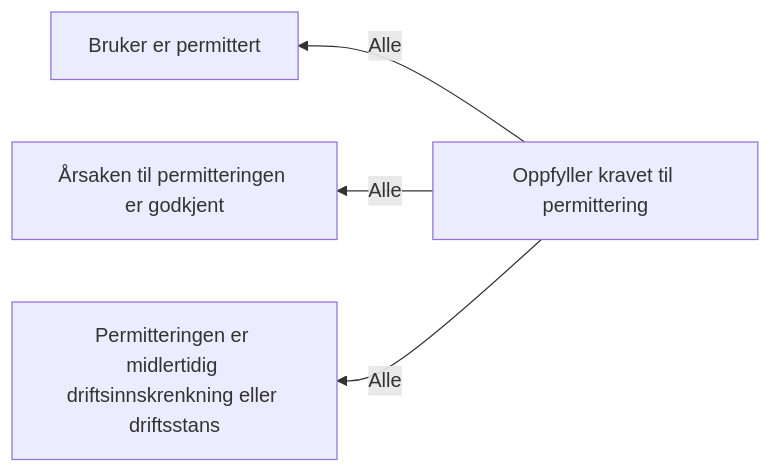
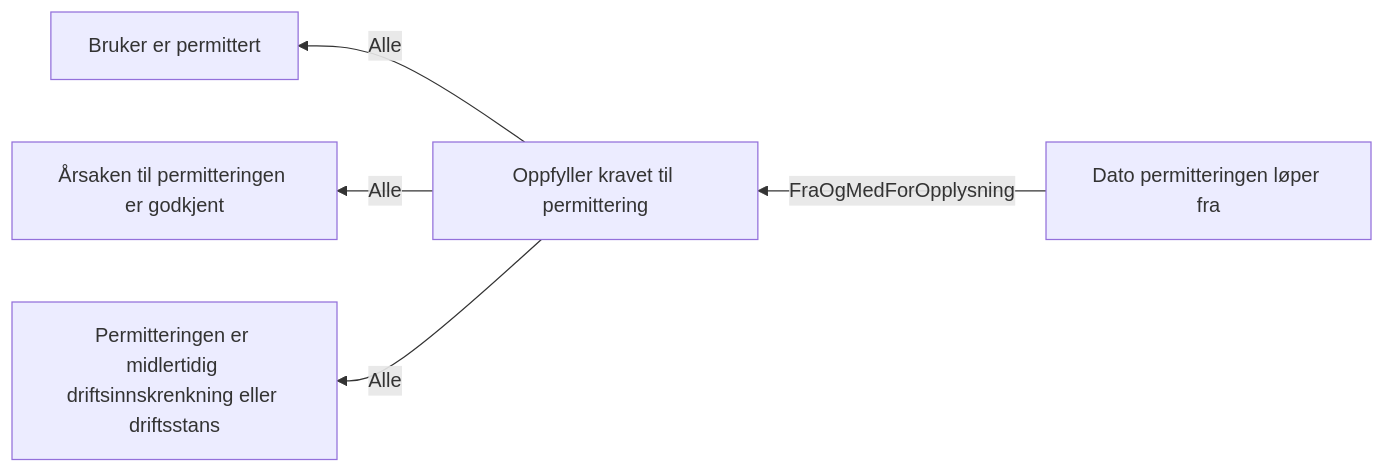
One commit to navikt/dp-behandling changed the diagram in docs/regler/§ 4-7 Permittering.approved.md. Above: the diagram before and after it, drawn with Mermaid. The commit also changed 13 other files, not shown here.

````diff
--- a/docs/regler/§ 4-7 Permittering.approved.md
+++ b/docs/regler/§ 4-7 Permittering.approved.md
@@ -5,6 +5,7 @@
 ```mermaid
 graph RL
   A["Oppfyller kravet til permittering"] -->|"Alle"| B["Bruker er permittert"]
   A["Oppfyller kravet til permittering"] -->|"Alle"| C["Årsaken til permitteringen er godkjent"]
   A["Oppfyller kravet til permittering"] -->|"Alle"| D["Permitteringen er midlertidig driftsinnskrenkning eller driftsstans"]
+  E["Dato permitteringen løper fra"] -->|"FraOgMedForOpplysning"| A["Oppfyller kravet til permittering"]
 ```
````
